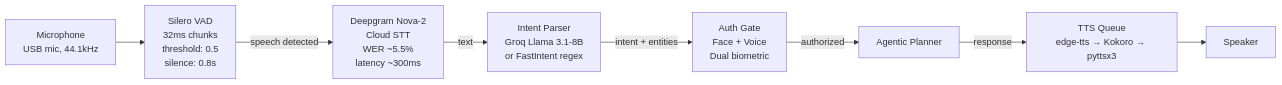
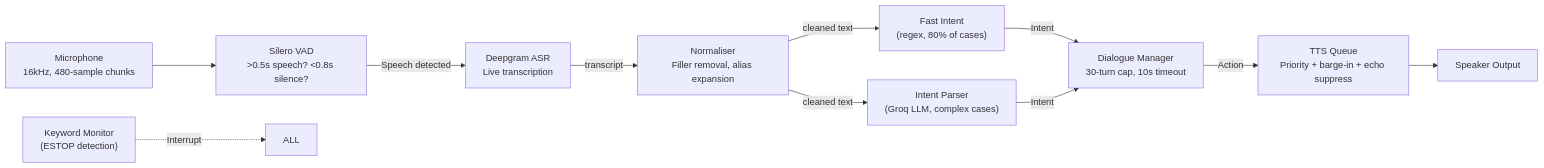
The second of 6 diagrams in soundhound_prep/12_ACARE_Deep_Dive.md (sarv-projects/study), drawn with Mermaid before and after one commit. The commit also changed other lines of this file and 2 other files, not shown here.

````diff
--- a/soundhound_prep/12_ACARE_Deep_Dive.md
+++ b/soundhound_prep/12_ACARE_Deep_Dive.md
@@ -129,10 +139,14 @@
 ```mermaid
 flowchart LR
-    MIC["Microphone<br/>USB mic, 44.1kHz"] --> VAD["Silero VAD<br/>32ms chunks<br/>threshold: 0.5<br/>silence: 0.8s"]
-    VAD -->|"speech detected"| ASR["Deepgram Nova-2<br/>Cloud STT<br/>WER ~5.5%<br/>latency ~300ms"]
-    ASR -->|"text"| INT["Intent Parser<br/>Groq Llama 3.1-8B<br/>or FastIntent regex"]
-    INT -->|"intent + entities"| AUTH["Auth Gate<br/>Face + Voice<br/>Dual biometric"]
-    AUTH -->|"authorized"| PLAN["Agentic Planner"]
-    PLAN -->|"response"| TTS["TTS Queue<br/>edge-tts → Kokoro → pyttsx3"]
-    TTS --> SPK["Speaker"]
+    MIC["Microphone<br/>16kHz, 480-sample chunks"] --> VAD["Silero VAD<br/>>0.5s speech? <0.8s silence?"]
+    VAD -->|"Speech detected"| ASR["Deepgram ASR<br/>Live transcription"]
+    ASR -->|"transcript"| NORM["Normaliser<br/>Filler removal, alias expansion"]
+    NORM -->|"cleaned text"| FAST["Fast Intent<br/>(regex, 80% of cases)"]
+    NORM -->|"cleaned text"| LLM_INTENT["Intent Parser<br/>(Groq LLM, complex cases)"]
+    FAST -->|"Intent"| DM["Dialogue Manager<br/>30-turn cap, 10s timeout"]
+    LLM_INTENT -->|"Intent"| DM
+    DM -->|"Action"| TTS_Q["TTS Queue<br/>Priority + barge-in + echo suppress"]
+    TTS_Q --> SPK["Speaker Output"]
+    
+    KEY["Keyword Monitor<br/>(ESTOP detection)"] -.->|"Interrupt"| ALL
 ```
````
